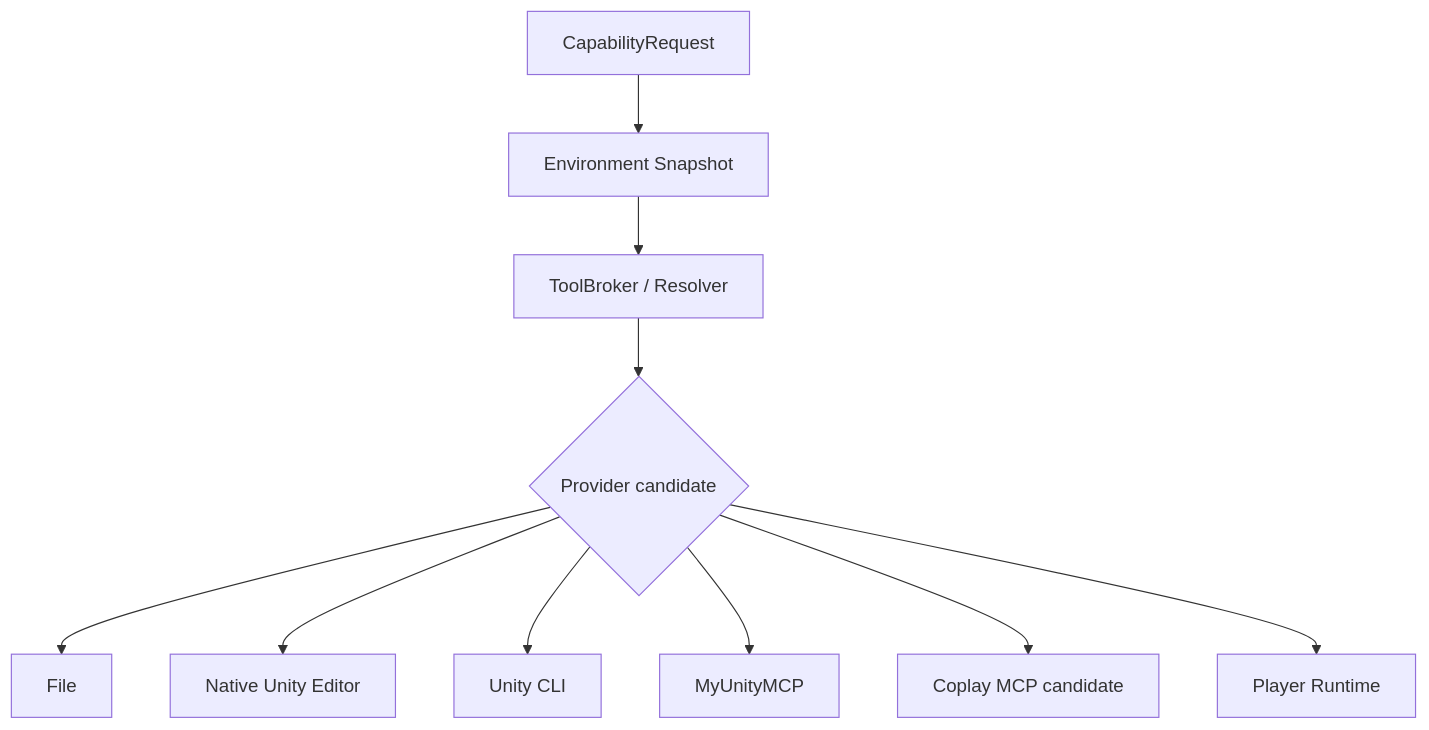
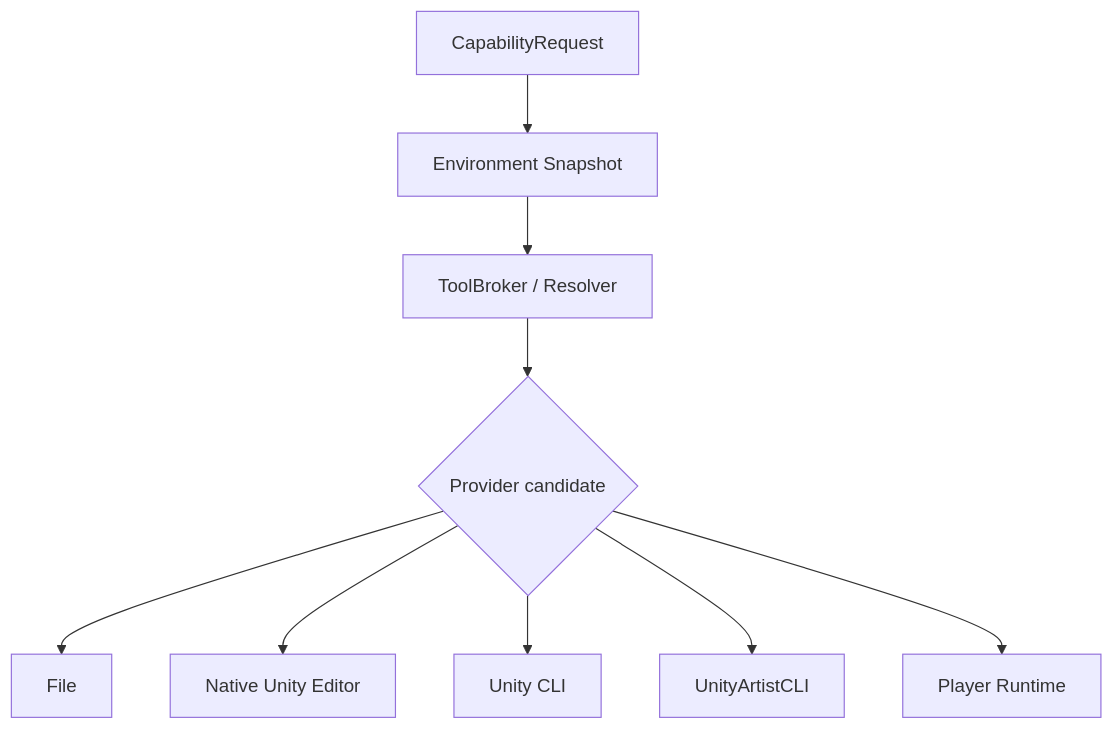
One commit to DarumaPPAP/UnityAgent changed the second of 4 diagrams in docs/local-project-development.md. Above: the diagram before and after it, drawn with Mermaid. The commit also changed other lines of this file and 45 other files, not shown here.

Commit message:
feat: route artist capabilities through UnityArtistCLI

````diff
--- a/docs/local-project-development.md
+++ b/docs/local-project-development.md
@@ -235,12 +237,11 @@
 ```mermaid
 flowchart TD
     C[CapabilityRequest] --> E[Environment Snapshot]
     E --> B[ToolBroker / Resolver]
     B --> P{Provider candidate}
     P --> F[File]
     P --> N[Native Unity Editor]
     P --> U[Unity CLI]
-    P --> M[MyUnityMCP]
-    P --> C2[Coplay MCP candidate]
+    P --> A[UnityArtistCLI]
     P --> R[Player Runtime]
 ```
````
